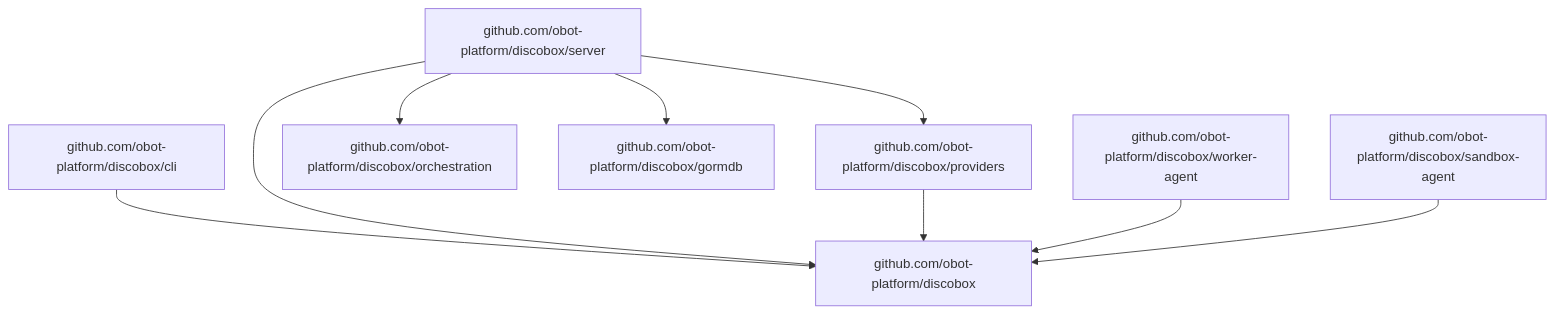
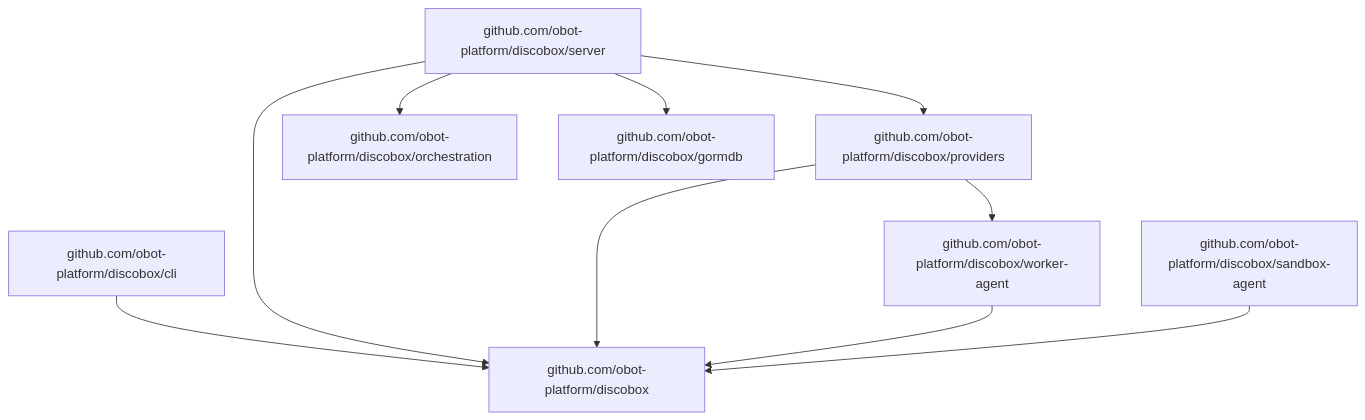
The second of 2 diagrams in DESIGN.md (discobox-ai/discobox), drawn with Mermaid before and after one commit. The commit also changed other lines of this file and 163 other files, not shown here.

````diff
--- a/DESIGN.md
+++ b/DESIGN.md
@@ -57,11 +69,12 @@
 ```mermaid
 flowchart TD
     cli[github.com/obot-platform/discobox/cli] --> root[github.com/obot-platform/discobox]
     server[github.com/obot-platform/discobox/server] --> root
     server --> providers[github.com/obot-platform/discobox/providers]
     server --> orchestration[github.com/obot-platform/discobox/orchestration]
     server --> gormdb[github.com/obot-platform/discobox/gormdb]
     providers --> root
-    workerAgent[github.com/obot-platform/discobox/worker-agent] --> root
+    providers --> workerAgent[github.com/obot-platform/discobox/worker-agent]
+    workerAgent --> root
     sandboxAgent[github.com/obot-platform/discobox/sandbox-agent] --> root
 ```
````
